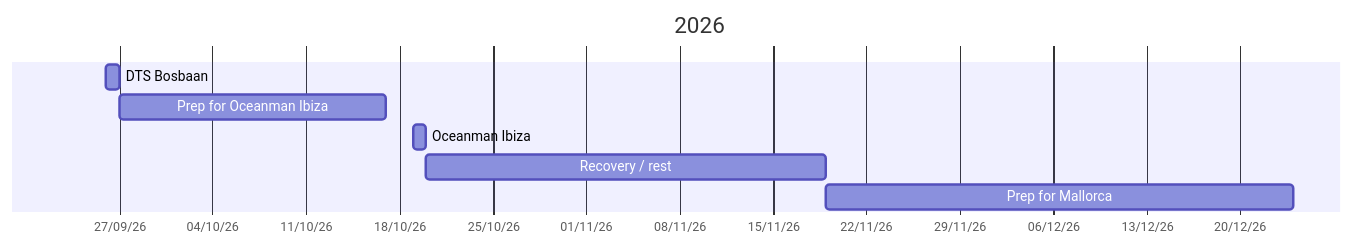
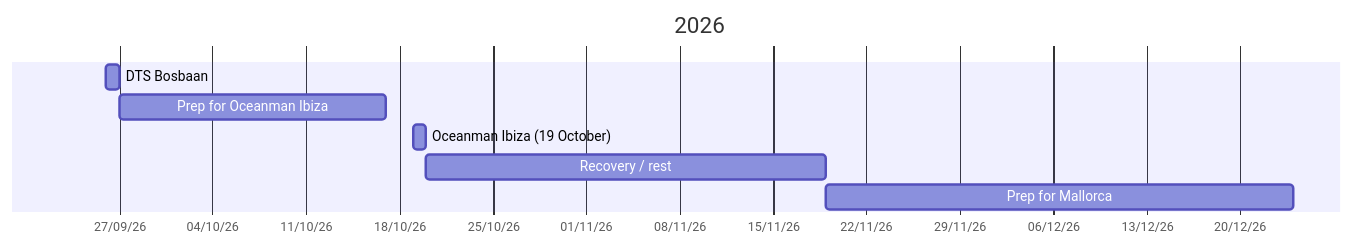
The first of 2 diagrams in _posts/27-09-2027-sport-events-planning.md (onekrasov/onekrasov.github.io), drawn with Mermaid before and after one commit. The commit also changed other lines of this file, not shown here.

````diff
--- a/_posts/27-09-2027-sport-events-planning.md
+++ b/_posts/27-09-2027-sport-events-planning.md
@@ -3,11 +3,11 @@
 ```mermaid
 gantt
     title 2026
     dateFormat DD-MM-YY
     axisFormat %d/%m/%y
     DTS Bosbaan: a1, 26-09-26, 1d
     Prep for Oceanman Ibiza: a2, after a1, 20d
-    Oceanman Ibiza: a3, 19-10-26, 1d
+    Oceanman Ibiza (19 October): a3, 19-10-26, 1d
     Recovery / rest: r1, after a3, 30d
     Prep for Mallorca: after r1, 35d
 ```
````
